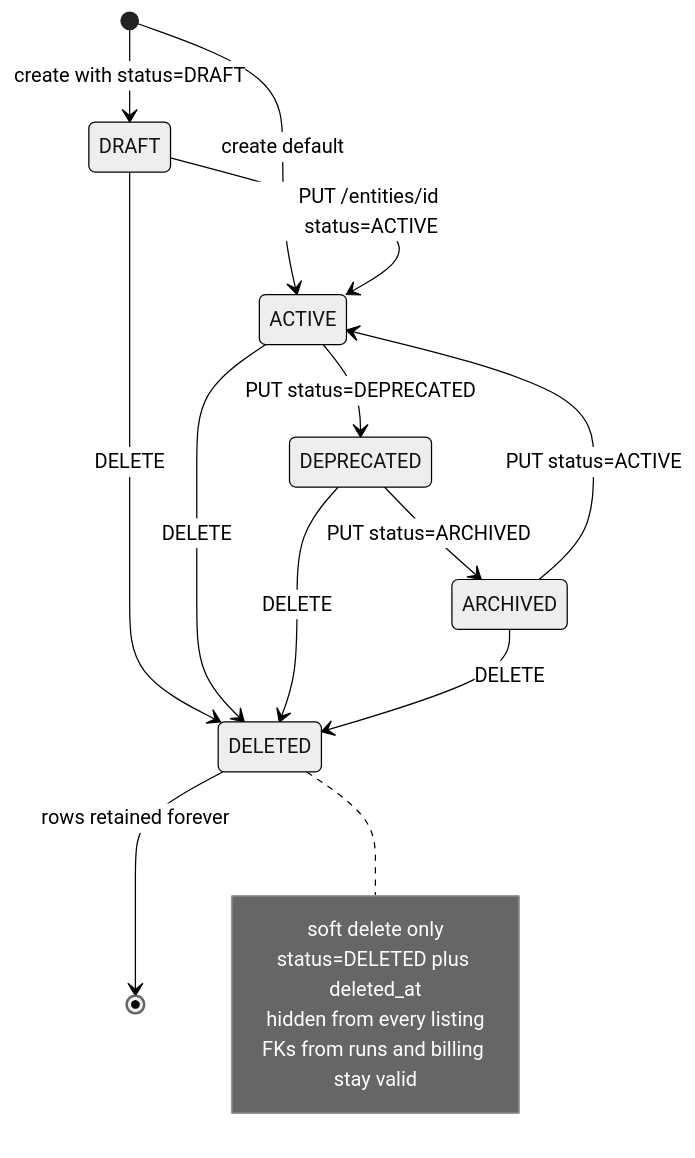
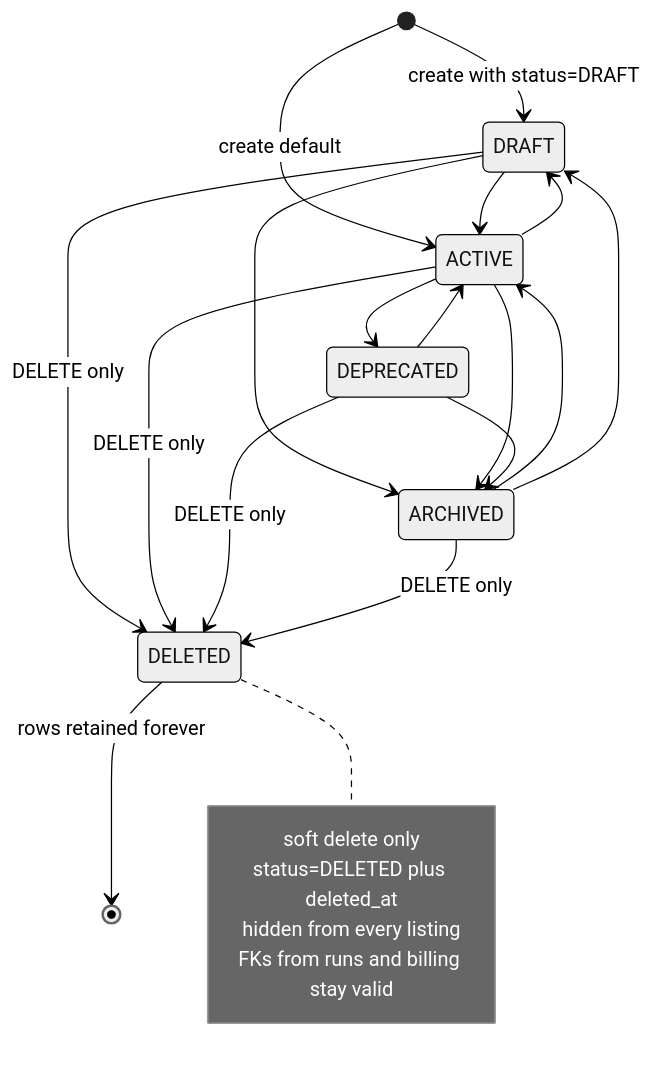
The fifth of 20 diagrams in docs/current/06-execution-pipeline.md (gondolerahul/hire-buddha-app), drawn with Mermaid (neutral theme) before and after one commit. The commit also changed other lines of this file and 6 other files, not shown here.

First line of the commit message:
fix(entities): status is a state machine the runtime honours (EP-09)

````diff
--- a/docs/current/06-execution-pipeline.md
+++ b/docs/current/06-execution-pipeline.md
@@ -837,20 +837,25 @@
 ```mermaid
 stateDiagram-v2
     [*] --> DRAFT: create with status=DRAFT
     [*] --> ACTIVE: create default
-    DRAFT --> ACTIVE: PUT /entities/id status=ACTIVE
-    ACTIVE --> DEPRECATED: PUT status=DEPRECATED
-    DEPRECATED --> ARCHIVED: PUT status=ARCHIVED
-    ARCHIVED --> ACTIVE: PUT status=ACTIVE
-    DRAFT --> DELETED: DELETE
-    ACTIVE --> DELETED: DELETE
-    DEPRECATED --> DELETED: DELETE
-    ARCHIVED --> DELETED: DELETE
+    DRAFT --> ACTIVE
+    DRAFT --> ARCHIVED
+    ACTIVE --> DRAFT
+    ACTIVE --> DEPRECATED
+    ACTIVE --> ARCHIVED
+    DEPRECATED --> ACTIVE
+    DEPRECATED --> ARCHIVED
+    ARCHIVED --> ACTIVE
+    ARCHIVED --> DRAFT
+    DRAFT --> DELETED: DELETE only
+    ACTIVE --> DELETED: DELETE only
+    DEPRECATED --> DELETED: DELETE only
+    ARCHIVED --> DELETED: DELETE only
     DELETED --> [*]: rows retained forever
     note right of DELETED
         soft delete only
         status=DELETED plus deleted_at
         hidden from every listing
         FKs from runs and billing stay valid
     end note
 ```
````
